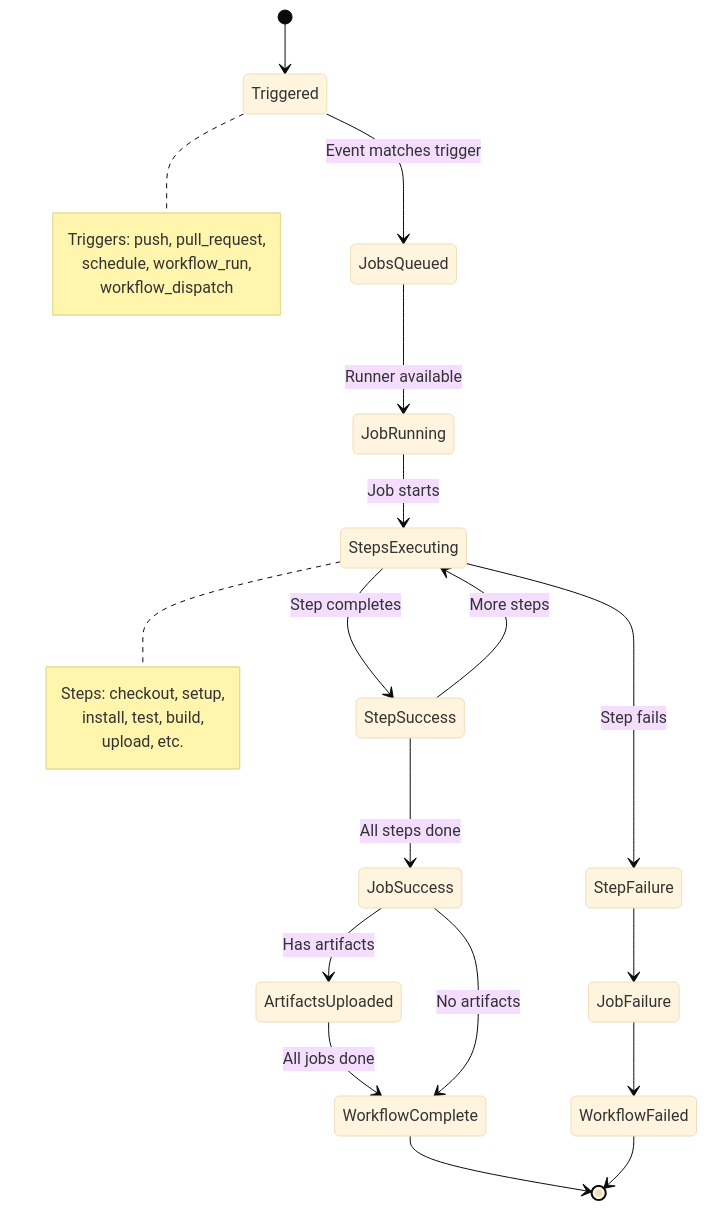
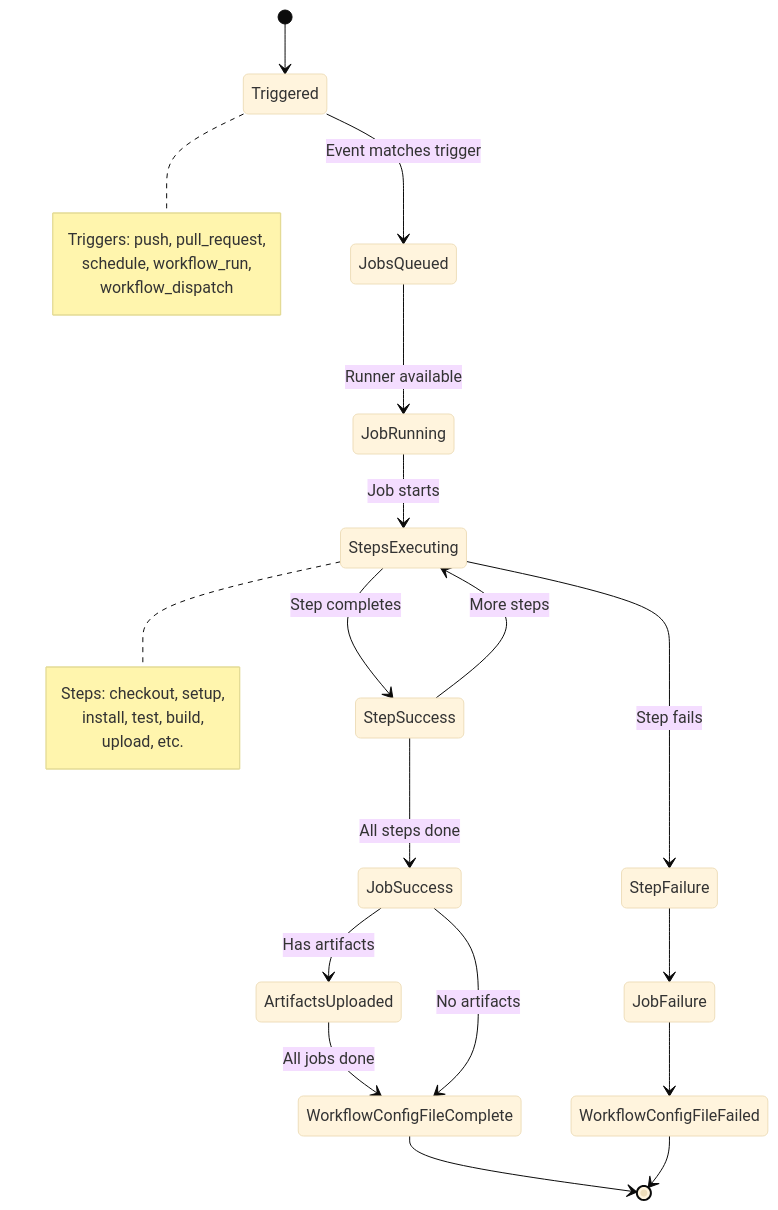
Before and after one commit to Winipedia/pyrig: the second of 3 diagrams in docs/configs/workflows/architecture.md, drawn with Mermaid (base theme). The commit also changed other lines of this file and 151 other files, not shown here.

````diff
--- a/docs/configs/workflows/architecture.md
+++ b/docs/configs/workflows/architecture.md
@@ -48,30 +48,30 @@
 ```mermaid
 stateDiagram-v2
     [*] --> Triggered
     Triggered --> JobsQueued: Event matches trigger
     JobsQueued --> JobRunning: Runner available
     JobRunning --> StepsExecuting: Job starts
     StepsExecuting --> StepSuccess: Step completes
     StepSuccess --> StepsExecuting: More steps
     StepSuccess --> JobSuccess: All steps done
     StepsExecuting --> StepFailure: Step fails
     StepFailure --> JobFailure
     JobSuccess --> ArtifactsUploaded: Has artifacts
-    ArtifactsUploaded --> WorkflowComplete: All jobs done
-    JobSuccess --> WorkflowComplete: No artifacts
-    JobFailure --> WorkflowFailed
-    WorkflowComplete --> [*]
-    WorkflowFailed --> [*]
+    ArtifactsUploaded --> WorkflowConfigFileComplete: All jobs done
+    JobSuccess --> WorkflowConfigFileComplete: No artifacts
+    JobFailure --> WorkflowConfigFileFailed
+    WorkflowConfigFileComplete --> [*]
+    WorkflowConfigFileFailed --> [*]
 
     note right of Triggered
         Triggers: push, pull_request,
         schedule, workflow_run,
         workflow_dispatch
     end note
 
     note right of StepsExecuting
         Steps: checkout, setup,
         install, test, build,
         upload, etc.
     end note
 ```
````
